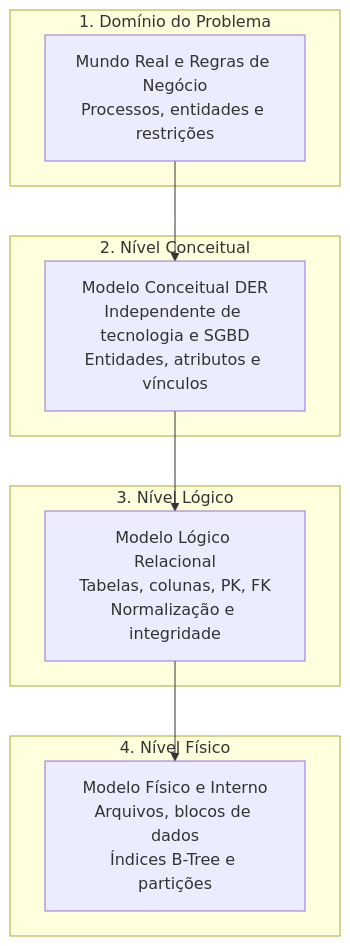
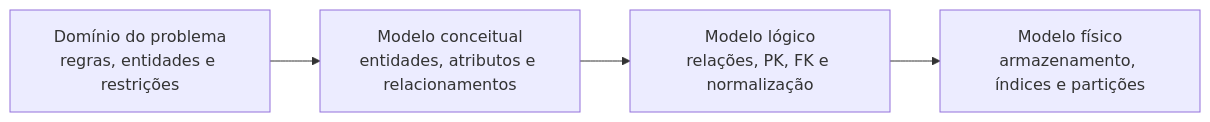
One commit to leorruas/puc changed the second of 4 diagrams in 02. Modelagem de Dados/01. Introdução à modelagem de dados e sua importância.md. Above: the diagram before and after it, drawn with Mermaid. The commit also changed other lines of this file, not shown here.

Commit message:
Normaliza Mermaid introdutórios de Modelagem de Dados

````diff
--- a/02. Modelagem de Dados/01. Introdução à modelagem de dados e sua importância.md
+++ b/02. Modelagem de Dados/01. Introdução à modelagem de dados e sua importância.md
@@ -104,22 +104,11 @@
 ```mermaid
-flowchart TD
-    subgraph SubgraphMundoReal["1. Domínio do Problema"]
-        MundoReal["Mundo Real e Regras de Negócio<br>Processos, entidades e restrições"]
-    end
+flowchart LR
+    Dominio["Domínio do problema<br>regras, entidades e restrições"]:::external
+    Conceitual["Modelo conceitual<br>entidades, atributos e relacionamentos"]:::core
+    Logico["Modelo lógico<br>relações, PK, FK e normalização"]:::data
+    Fisico["Modelo físico<br>armazenamento, índices e partições"]:::component
 
-    subgraph SubgraphConceitual["2. Nível Conceitual"]
-        Conceitual["Modelo Conceitual DER<br>Independente de tecnologia e SGBD<br>Entidades, atributos e vínculos"]
-    end
-
-    subgraph SubgraphLogico["3. Nível Lógico"]
-        Logico["Modelo Lógico Relacional<br>Tabelas, colunas, PK, FK<br>Normalização e integridade"]
-    end
-
-    subgraph SubgraphFisico["4. Nível Físico"]
-        Fisico["Modelo Físico e Interno<br>Arquivos, blocos de dados<br>Índices B-Tree e partições"]
-    end
-
-    MundoReal --> Conceitual
+    Dominio --> Conceitual
     Conceitual --> Logico
     Logico --> Fisico
 ```
````
